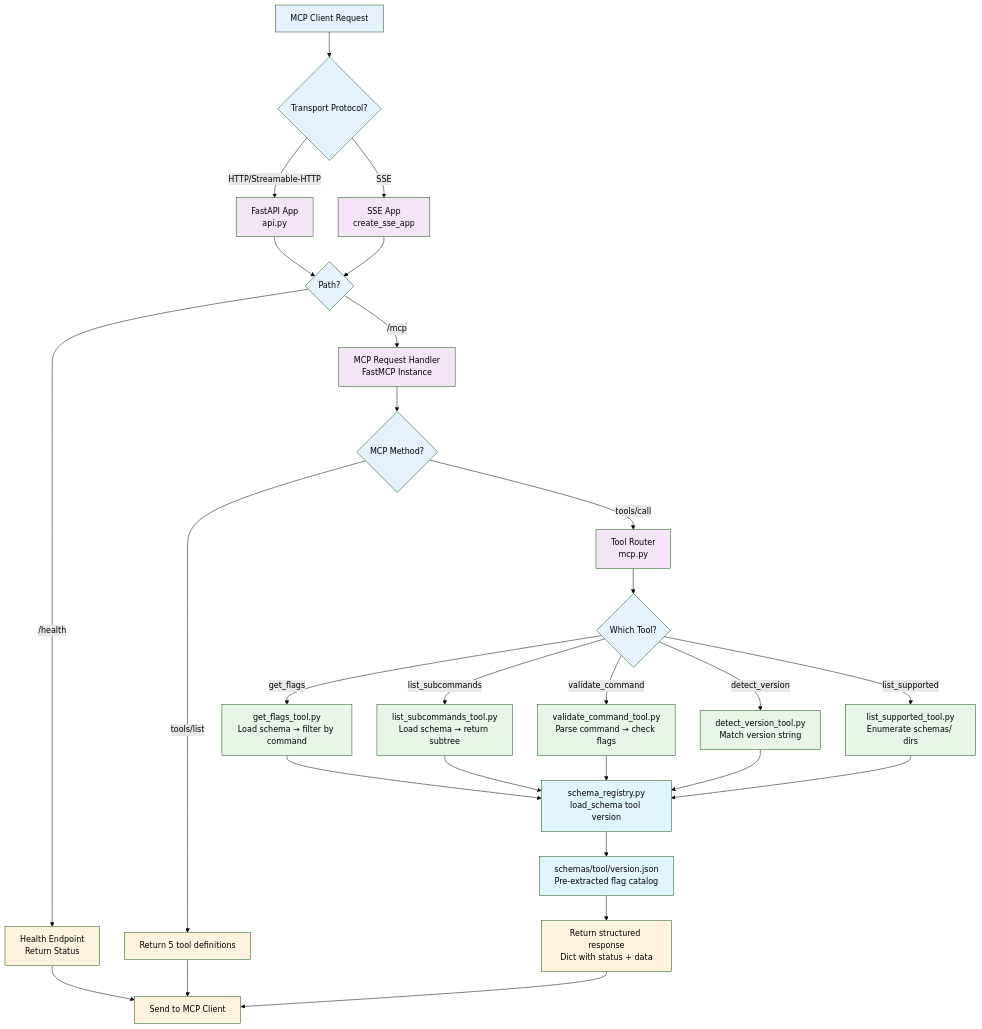
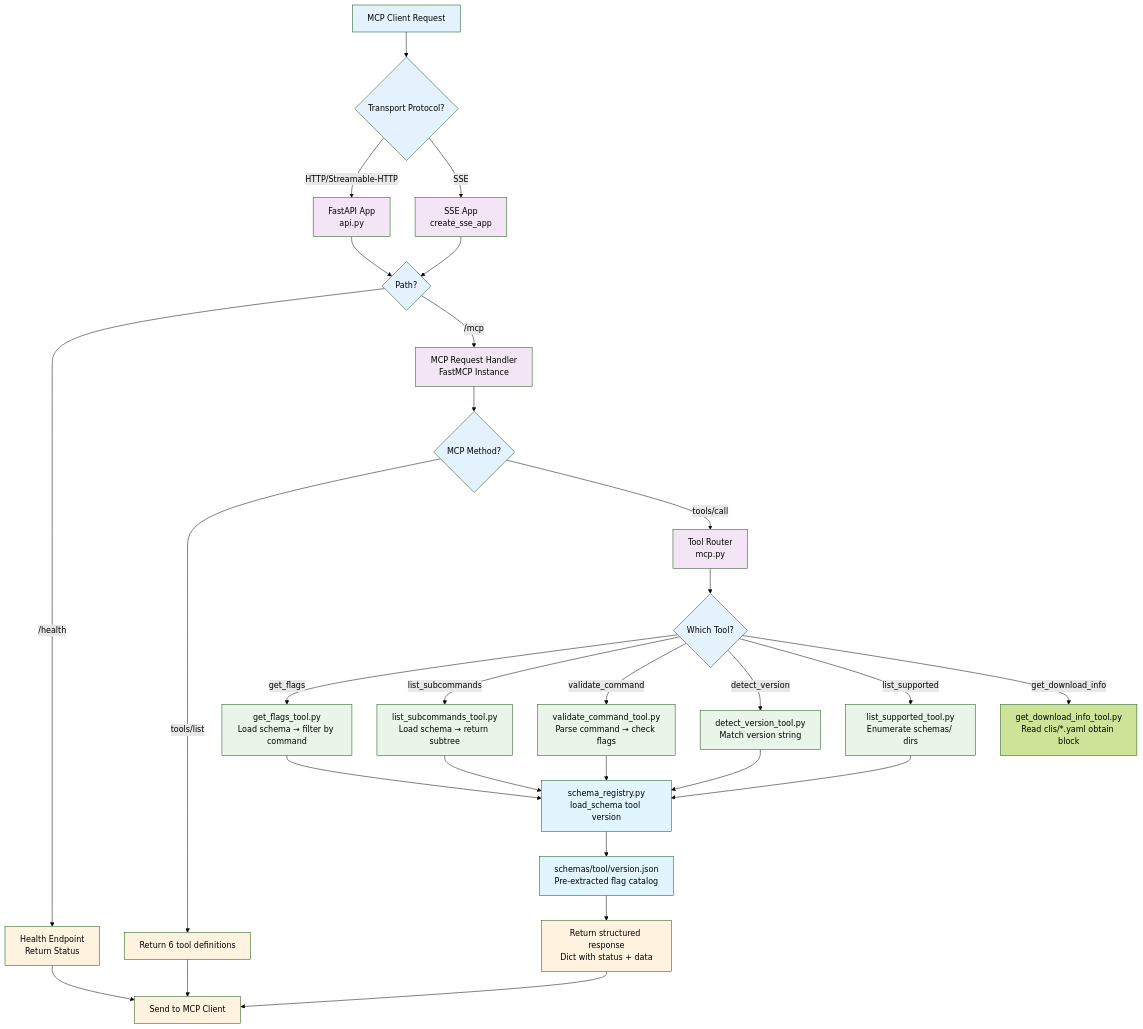
The second of 2 diagrams in docs/architecture.md (tosin2013/cli-schema-mcp), drawn with Mermaid (forest theme) before and after one commit. The commit also changed other lines of this file and 3 other files, not shown here.

First line of the commit message:
docs: update all documentation for get_download_info and binary_not_found

````diff
--- a/docs/architecture.md
+++ b/docs/architecture.md
@@ -128,52 +129,53 @@
 ```mermaid
 flowchart TD
     A[MCP Client Request] --> B{Transport Protocol?}
 
     B -->|HTTP/Streamable-HTTP| C[FastAPI App<br/>api.py]
     B -->|SSE| D[SSE App<br/>create_sse_app]
 
     C --> E{Path?}
     D --> E
 
     E -->|/health| F[Health Endpoint<br/>Return Status]
     E -->|/mcp| G[MCP Request Handler<br/>FastMCP Instance]
 
     G --> H{MCP Method?}
 
-    H -->|tools/list| I[Return 5 tool definitions]
+    H -->|tools/list| I[Return 6 tool definitions]
     H -->|tools/call| J[Tool Router<br/>mcp.py]
 
     J --> K{Which Tool?}
 
     K -->|get_flags| L[get_flags_tool.py<br/>Load schema → filter by command]
     K -->|list_subcommands| M[list_subcommands_tool.py<br/>Load schema → return subtree]
     K -->|validate_command| N[validate_command_tool.py<br/>Parse command → check flags]
     K -->|detect_version| O[detect_version_tool.py<br/>Match version string]
     K -->|list_supported| P[list_supported_tool.py<br/>Enumerate schemas/ dirs]
+    K -->|get_download_info| PA[get_download_info_tool.py<br/>Read clis/*.yaml obtain block]
 
     L --> Q[schema_registry.py<br/>load_schema tool version]
     M --> Q
     N --> Q
     O --> Q
     P --> Q
 
     Q --> R[schemas/tool/version.json<br/>Pre-extracted flag catalog]
 
     R --> S[Return structured response<br/>Dict with status + data]
     S --> T[Send to MCP Client]
 
     F --> T
     I --> T
 
     classDef request fill:#e3f2fd
     classDef routing fill:#f3e5f5
     classDef tools fill:#e8f5e8
     classDef registry fill:#e1f5fe
     classDef response fill:#fff3e0
 
     class A,B,E,H,K request
     class C,D,G,J routing
     class L,M,N,O,P tools
     class Q,R registry
     class S,T,F,I response
 ```
````
